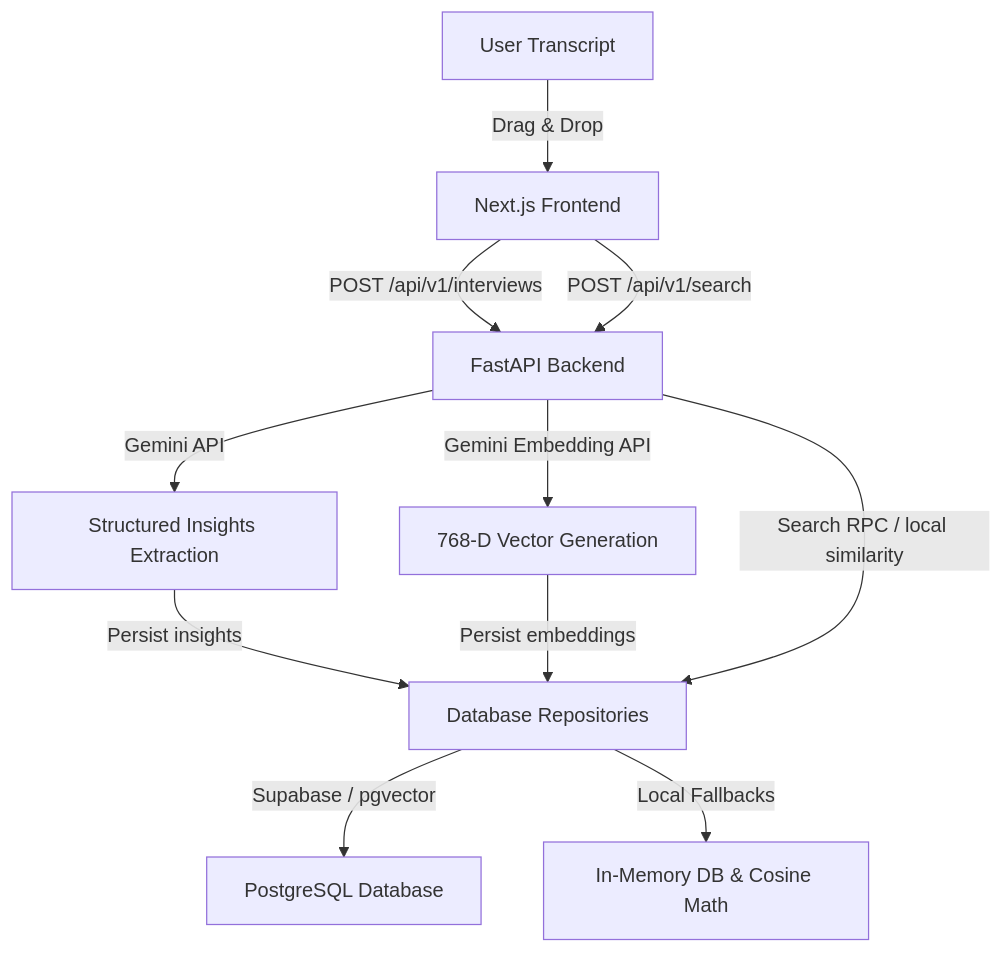
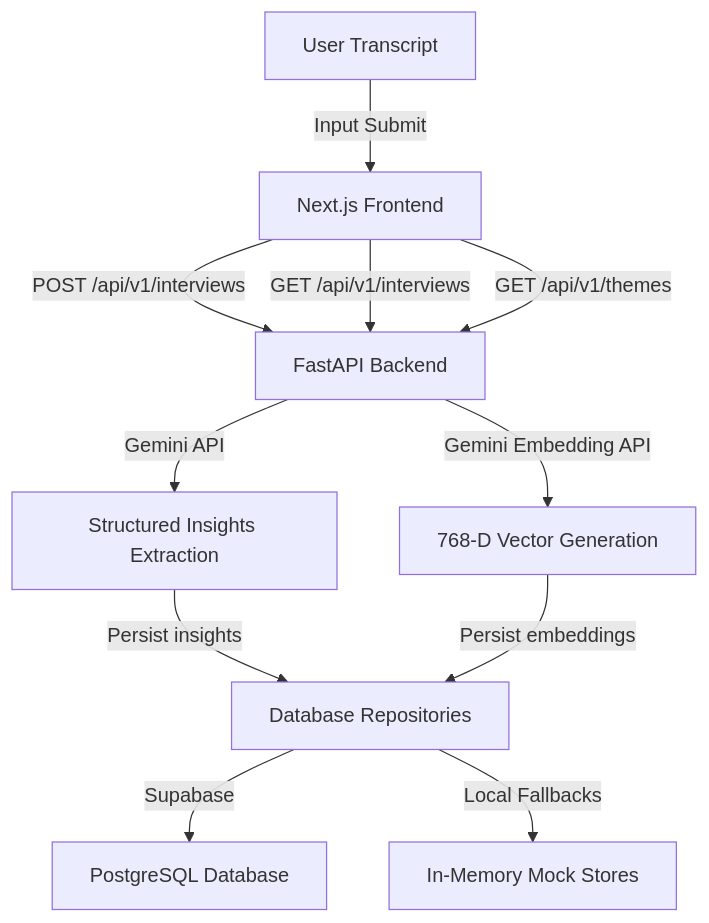
One commit to suryanshag-git/Autosight changed the diagram in README.md. Above: the diagram before and after it, drawn with Mermaid. The commit also changed other lines of this file, not shown here.

````diff
--- a/README.md
+++ b/README.md
@@ -55,13 +59,13 @@
 ```mermaid
 graph TD
-    A[User Transcript] -->|Drag & Drop| B[Next.js Frontend]
+    A[User Transcript] -->|Input Submit| B[Next.js Frontend]
     B -->|POST /api/v1/interviews| C[FastAPI Backend]
     C -->|Gemini API| D[Structured Insights Extraction]
     C -->|Gemini Embedding API| E[768-D Vector Generation]
     D -->|Persist insights| F[Database Repositories]
     E -->|Persist embeddings| F
-    F -->|Supabase / pgvector| G[PostgreSQL Database]
-    F -->|Local Fallbacks| H[In-Memory DB & Cosine Math]
-    B -->|POST /api/v1/search| C
-    C -->|Search RPC / local similarity| F
+    F -->|Supabase | G[PostgreSQL Database]
+    F -->|Local Fallbacks| H[In-Memory Mock Stores]
+    B -->|GET /api/v1/interviews| C
+    B -->|GET /api/v1/themes| C
 ```
````
